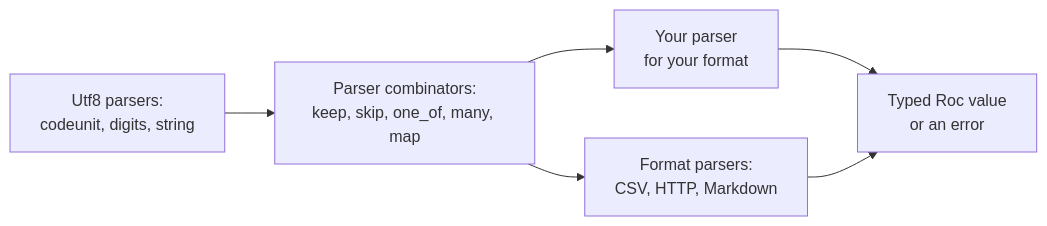
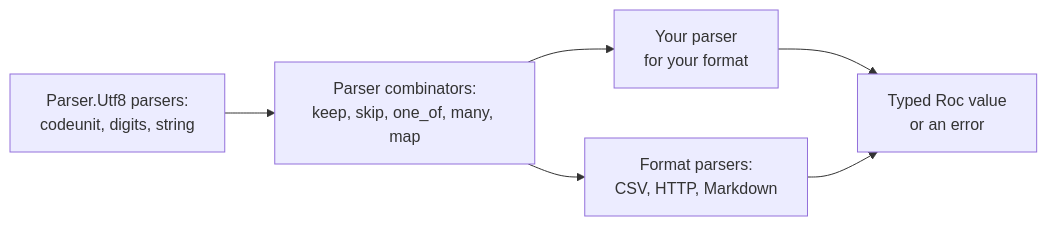
Before and after one commit to lukewilliamboswell/roc-parser: the diagram in docs/overview.adoc, drawn with Mermaid. The commit also changed other lines of this file and 21 other files, not shown here.

```diff
--- a/docs/overview.adoc
+++ b/docs/overview.adoc
@@ -144,9 +144,9 @@
 [mermaid]
 ....
 flowchart LR
-    Pieces["Utf8 parsers:<br/>codeunit, digits, string"] --> Combine["Parser combinators:<br/>keep, skip, one_of, many, map"]
+    Pieces["Parser.Utf8 parsers:<br/>codeunit, digits, string"] --> Combine["Parser combinators:<br/>keep, skip, one_of, many, map"]
     Combine --> Yours["Your parser<br/>for your format"]
     Combine --> Formats["Format parsers:<br/>CSV, HTTP, Markdown"]
     Yours --> Value["Typed Roc value<br/>or an error"]
     Formats --> Value
 ....
```
